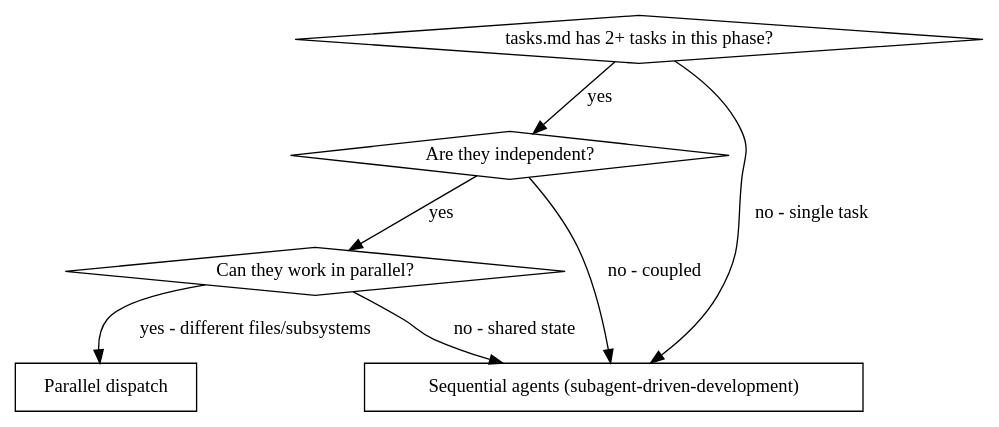
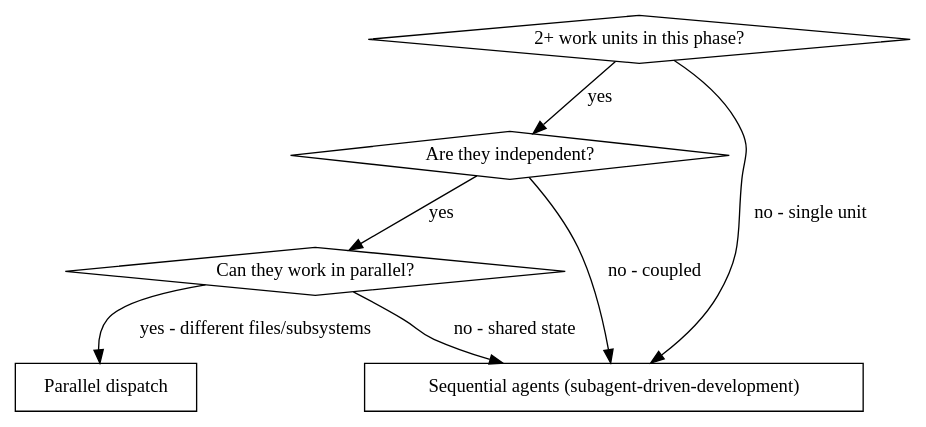
The diagram in skills/dispatching-parallel-agents/SKILL.md (hllj/sdd-superpowers), drawn with Graphviz before and after one commit. The commit also changed other lines of this file and 11 other files, not shown here.

````diff
--- a/skills/dispatching-parallel-agents/SKILL.md
+++ b/skills/dispatching-parallel-agents/SKILL.md
@@ -28,17 +28,17 @@
 ```dot
 digraph when_to_use {
-    "tasks.md has 2+ tasks in this phase?" [shape=diamond];
+    "2+ work units in this phase?" [shape=diamond];
     "Are they independent?" [shape=diamond];
     "Sequential agents (subagent-driven-development)" [shape=box];
     "Can they work in parallel?" [shape=diamond];
     "Sequential agents (subagent-driven-development)" [shape=box];
     "Parallel dispatch" [shape=box];
 
-    "tasks.md has 2+ tasks in this phase?" -> "Are they independent?" [label="yes"];
-    "tasks.md has 2+ tasks in this phase?" -> "Sequential agents (subagent-driven-development)" [label="no - single task"];
+    "2+ work units in this phase?" -> "Are they independent?" [label="yes"];
+    "2+ work units in this phase?" -> "Sequential agents (subagent-driven-development)" [label="no - single unit"];
     "Are they independent?" -> "Sequential agents (subagent-driven-development)" [label="no - coupled"];
     "Are they independent?" -> "Can they work in parallel?" [label="yes"];
     "Can they work in parallel?" -> "Parallel dispatch" [label="yes - different files/subsystems"];
     "Can they work in parallel?" -> "Sequential agents (subagent-driven-development)" [label="no - shared state"];
 }
 ```
````
